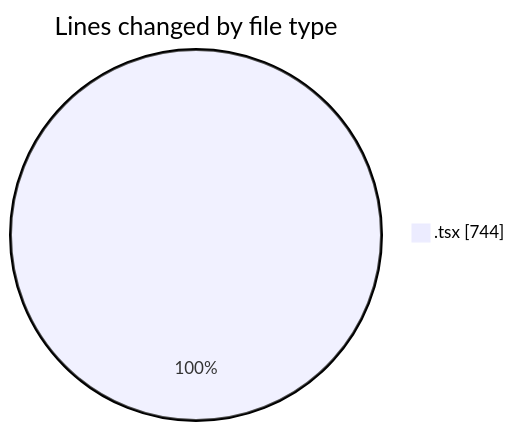
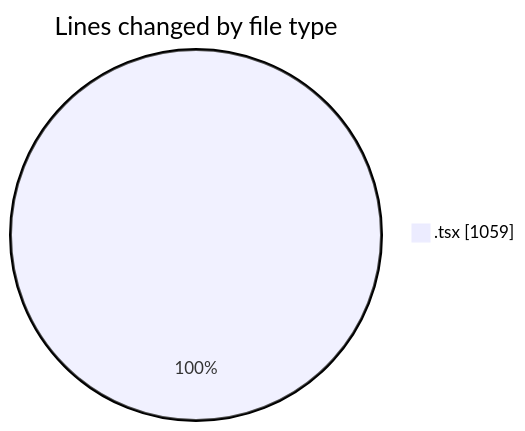
Before and after one commit to nxtqubesakshisongat/code-tracking: the first of 2 diagrams in 2026-06-12/nxtqube_webapp/README.md, drawn with Mermaid. The commit also changed other lines of this file and 1 other file, not shown here.

````diff
--- a/2026-06-12/nxtqube_webapp/README.md
+++ b/2026-06-12/nxtqube_webapp/README.md
@@ -22,5 +22,5 @@
 ```mermaid
 pie showData
 title Lines changed by file type
-".tsx" : 744
+".tsx" : 1059
 ```
````
